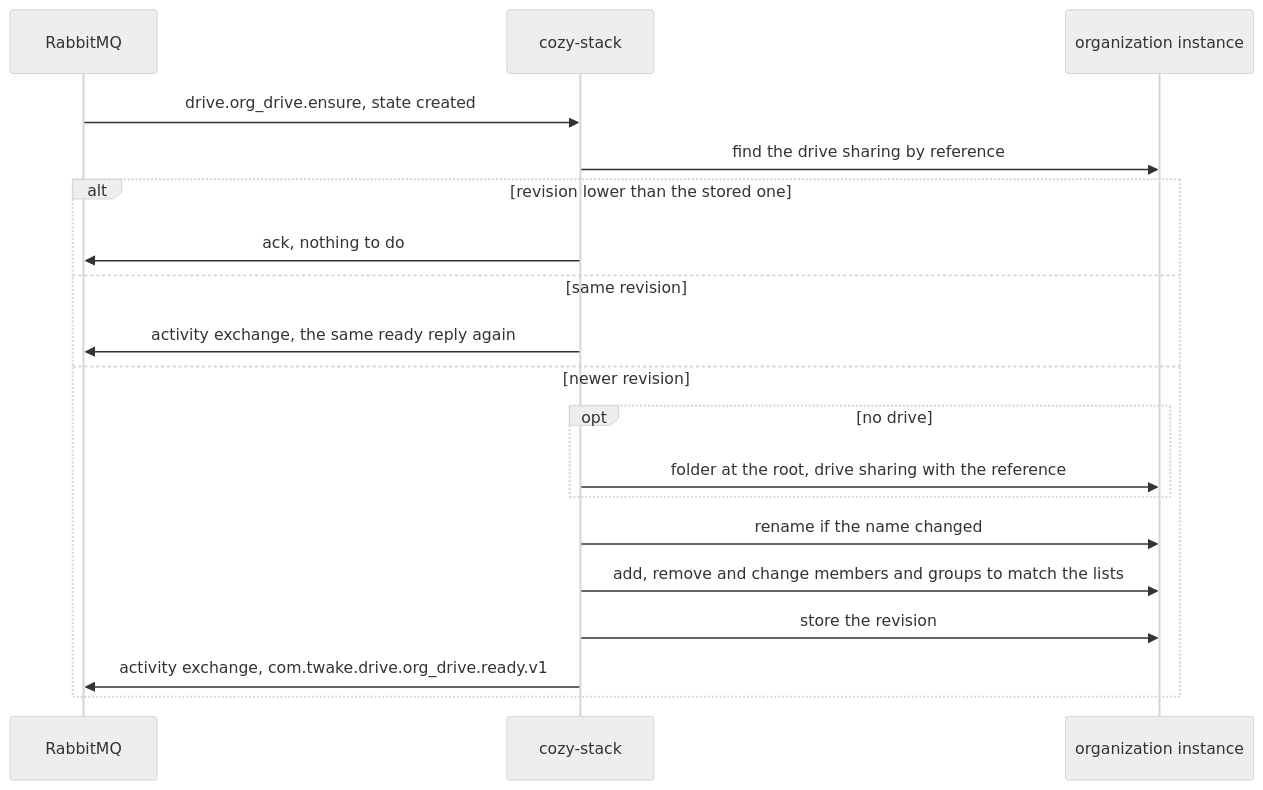
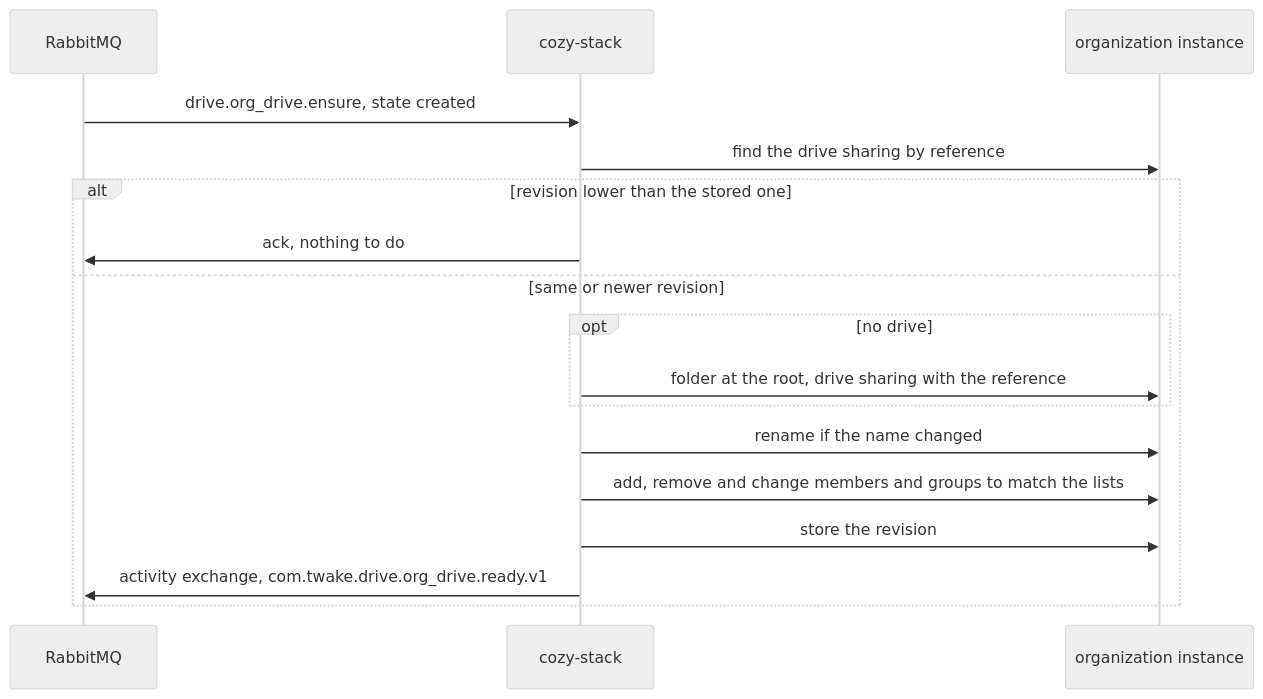
Before and after one commit to cozy/cozy-stack: the second of 3 diagrams in docs/adr/009-adr-org-drive-provisioning.md, drawn with Mermaid (neutral theme). The commit also changed other lines of this file, not shown here.

Commit message:
docs: Use a counter as the revision of org drive commands

````diff
--- a/docs/adr/009-adr-org-drive-provisioning.md
+++ b/docs/adr/009-adr-org-drive-provisioning.md
@@ -77,21 +77,19 @@
 ```mermaid
 sequenceDiagram
   participant R as RabbitMQ
   participant S as cozy-stack
   participant O as organization instance
   R->>S: drive.org_drive.ensure, state created
   S->>O: find the drive sharing by reference
   alt revision lower than the stored one
     S->>R: ack, nothing to do
-  else same revision
-    S->>R: activity exchange, the same ready reply again
-  else newer revision
+  else same or newer revision
     opt no drive
       S->>O: folder at the root, drive sharing with the reference
     end
     S->>O: rename if the name changed
     S->>O: add, remove and change members and groups to match the lists
     S->>O: store the revision
     S->>R: activity exchange, com.twake.drive.org_drive.ready.v1
   end
 ```
````
